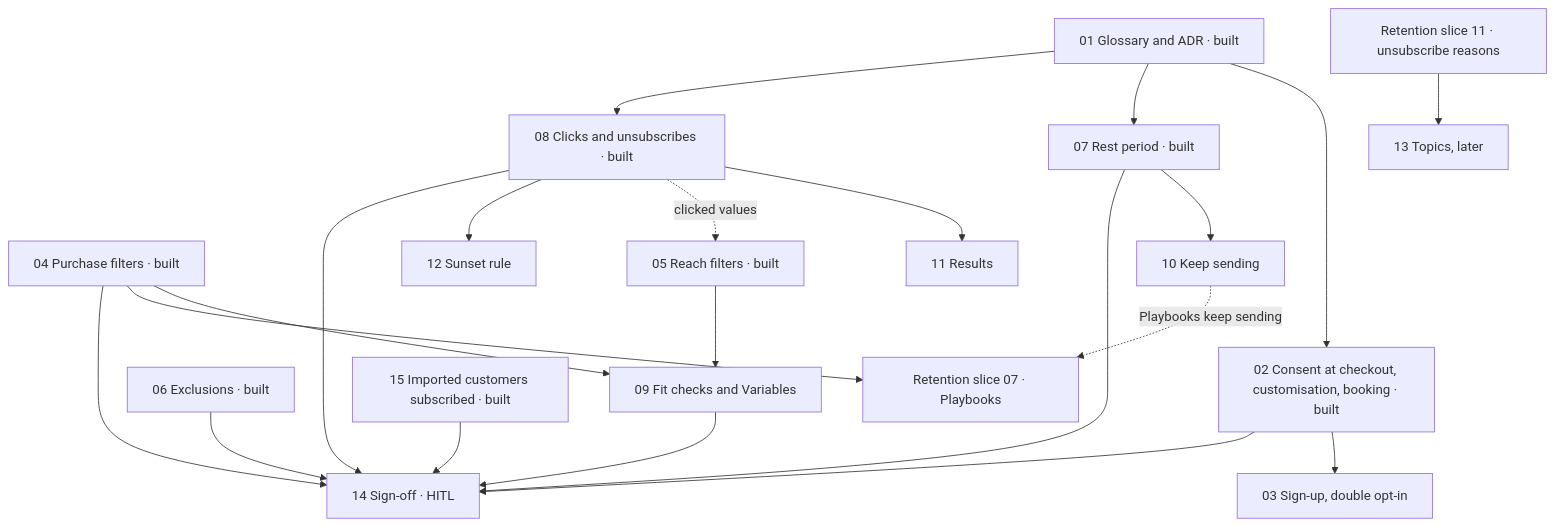
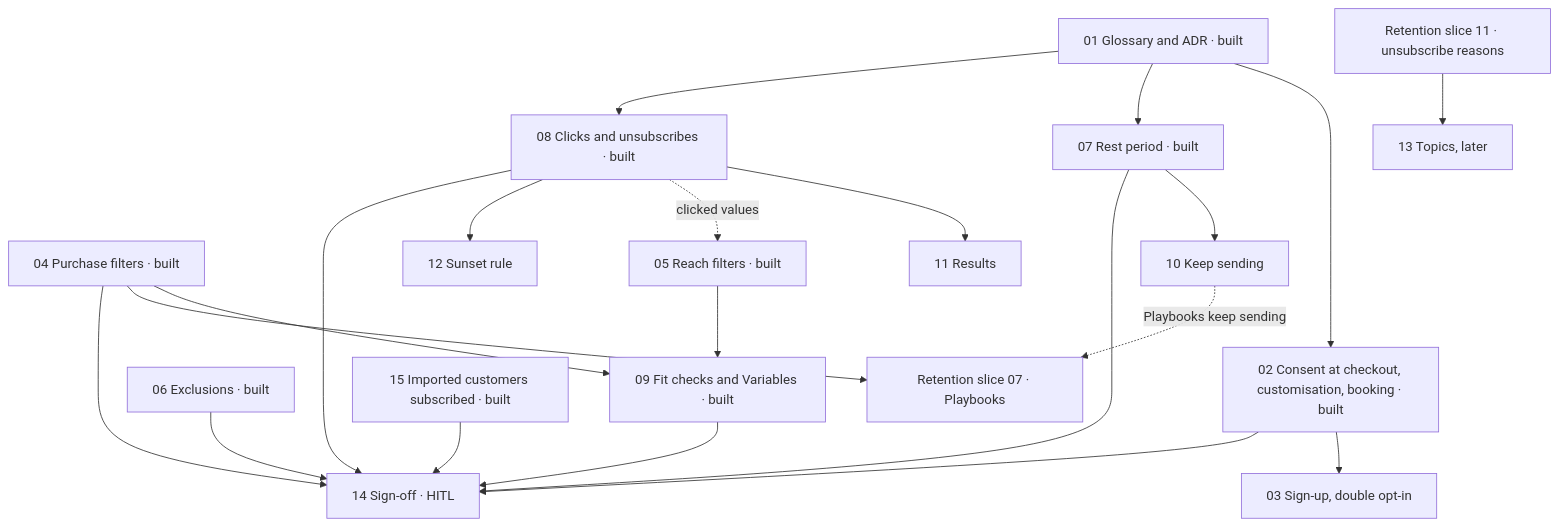
One commit to ivanyeors/mp changed the diagram in .claude/PRD-campaign-audiences/issues/README.md. Above: the diagram before and after it, drawn with Mermaid. The commit also changed other lines of this file and 41 other files, not shown here.

First line of the commit message:
Campaigns: fit checks before a wave, and the Your pillow Variable

````diff
--- a/.claude/PRD-campaign-audiences/issues/README.md
+++ b/.claude/PRD-campaign-audiences/issues/README.md
@@ -34,39 +34,39 @@
 ```mermaid
 graph TD
   s01[01 Glossary and ADR · built]
   s02[02 Consent at checkout, customisation, booking · built]
   s03[03 Sign-up, double opt-in]
   s04[04 Purchase filters · built]
   s05[05 Reach filters · built]
   s06[06 Exclusions · built]
   s07[07 Rest period · built]
   s08[08 Clicks and unsubscribes · built]
-  s09[09 Fit checks and Variables]
+  s09[09 Fit checks and Variables · built]
   s10[10 Keep sending]
   s11[11 Results]
   s12[12 Sunset rule]
   s13[13 Topics, later]
   s14[14 Sign-off · HITL]
   s15[15 Imported customers subscribed · built]
   r07[Retention slice 07 · Playbooks]
   r11[Retention slice 11 · unsubscribe reasons]
 
   s15 --> s14
   s01 --> s02 --> s03
   s01 --> s07 --> s10
   s01 --> s08
   s08 --> s11
   s08 -. clicked values .-> s05
   s08 --> s12
   s04 --> s09
   s05 --> s09
   s04 --> r07
   s10 -. Playbooks keep sending .-> r07
   r11 --> s13
   s02 --> s14
   s04 --> s14
   s06 --> s14
   s07 --> s14
   s08 --> s14
   s09 --> s14
 ```
````
